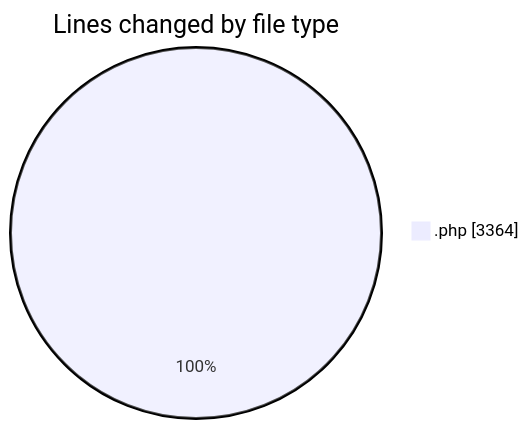
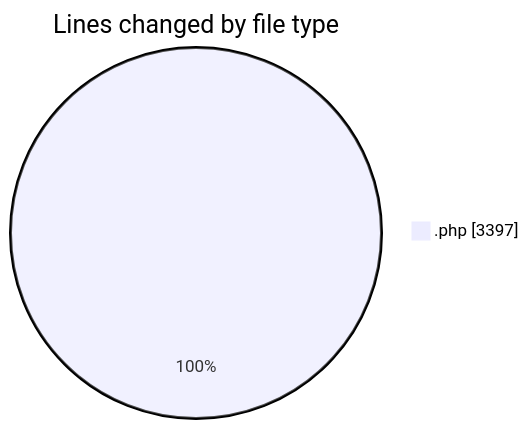
One commit to debugP/code-tracking changed the first of 2 diagrams in 2025-10-03/untitled__workspace_/README.md. Above: the diagram before and after it, drawn with Mermaid. The commit also changed other lines of this file and 1 other file, not shown here.

````diff
--- a/2025-10-03/untitled__workspace_/README.md
+++ b/2025-10-03/untitled__workspace_/README.md
@@ -20,5 +20,5 @@
 ```mermaid
 pie showData
 title Lines changed by file type
-".php" : 3364
+".php" : 3397
 ```
````
